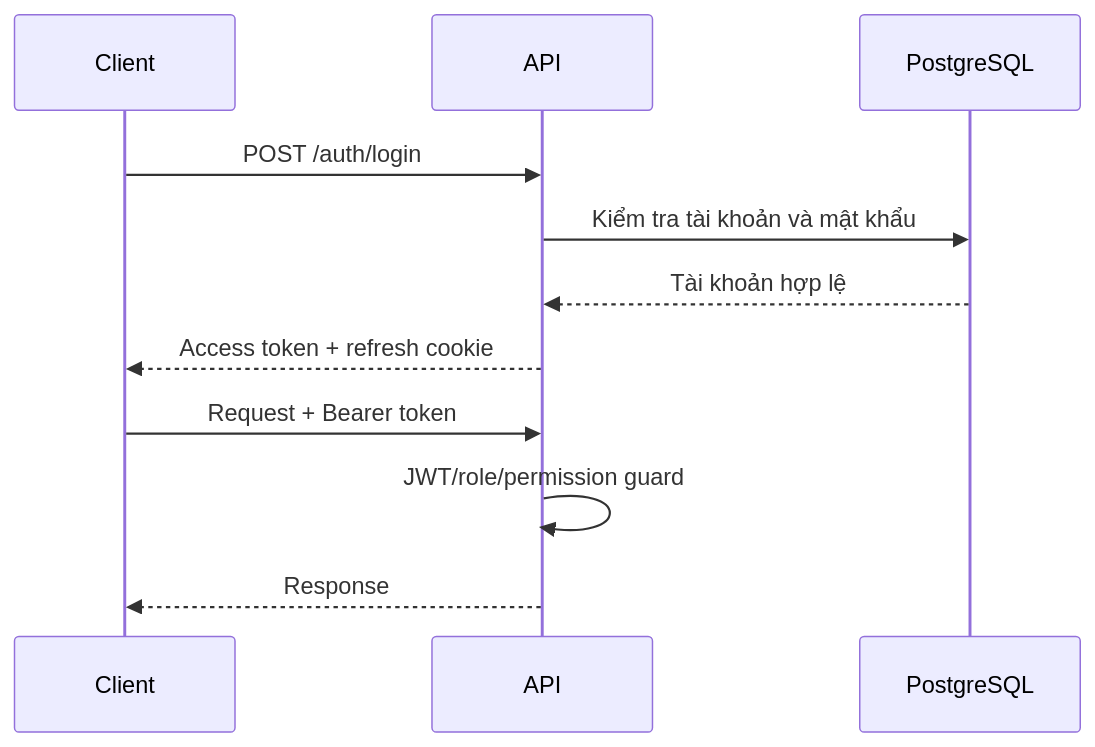
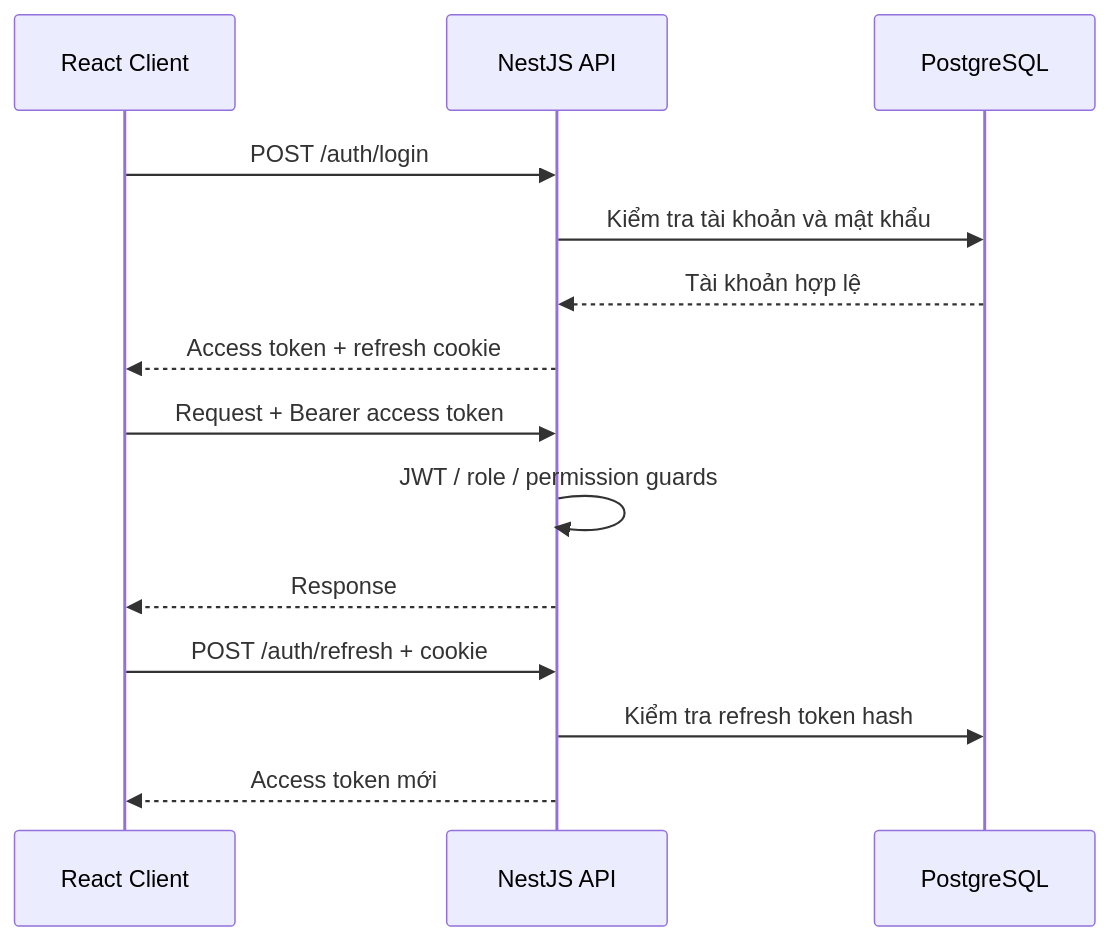
Diagram 12 of 12 in docs/architecture/system-architecture.md (SSIT-joint-stock/identify-voice-base), drawn with Mermaid before and after one commit. The commit also changed other lines of this file, not shown here.

Commit message:
docs: update system architecture documentation for clarity and detail

````diff
--- a/docs/architecture/system-architecture.md
+++ b/docs/architecture/system-architecture.md
@@ -187,14 +452,19 @@
 ```mermaid
 sequenceDiagram
-    participant C as Client
-    participant A as API
+    participant C as React Client
+    participant A as NestJS API
     participant D as PostgreSQL
 
     C->>A: POST /auth/login
     A->>D: Kiểm tra tài khoản và mật khẩu
     D-->>A: Tài khoản hợp lệ
     A-->>C: Access token + refresh cookie
-    C->>A: Request + Bearer token
-    A->>A: JWT/role/permission guard
+
+    C->>A: Request + Bearer access token
+    A->>A: JWT / role / permission guards
     A-->>C: Response
+
+    C->>A: POST /auth/refresh + cookie
+    A->>D: Kiểm tra refresh token hash
+    A-->>C: Access token mới
 ```
````
